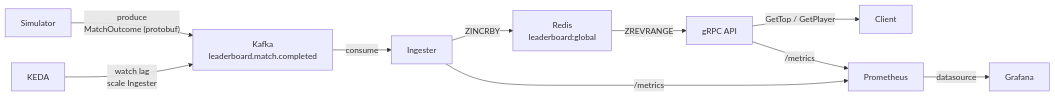
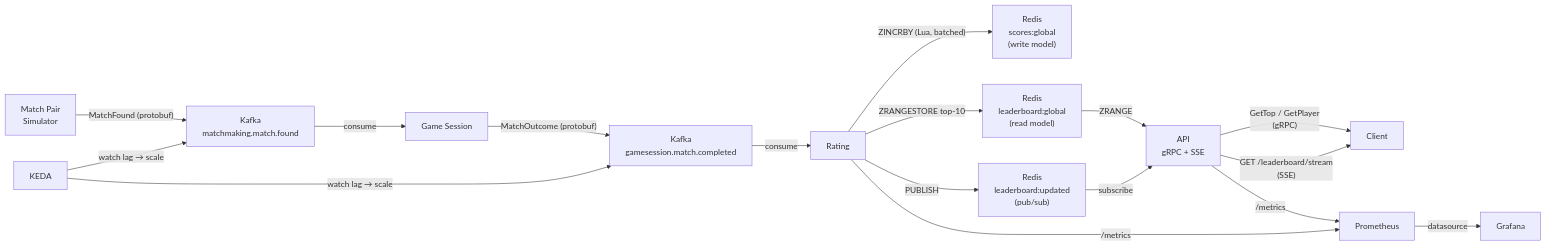
One commit to reach-will/realtime-leaderboard changed the diagram in README.md. Above: the diagram before and after it, drawn with Mermaid. The commit also changed other lines of this file, not shown here.

Commit message:
docs: revamp README new architecture

````diff
--- a/README.md
+++ b/README.md
@@ -11,24 +11,35 @@
 ```mermaid
 flowchart LR
-    SIM["Simulator"]
-    KAFKA["Kafka\nleaderboard.match.completed"]
-    ING["Ingester"]
-    REDIS["Redis\nleaderboard:global"]
-    API["gRPC API"]
+    SIM["Match Pair\nSimulator"]
+    T1["Kafka\nmatchmaking.match.found"]
+    GS["Game Session"]
+    T2["Kafka\ngamesession.match.completed"]
+    RAT["Rating"]
+    REDIS_W["Redis\nscores:global\n(write model)"]
+    REDIS_R["Redis\nleaderboard:global\n(read model)"]
+    PUBSUB["Redis\nleaderboard:updated\n(pub/sub)"]
+    API["API\ngRPC + SSE"]
     CLIENT["Client"]
     PROM["Prometheus"]
     GRAF["Grafana"]
     KEDA["KEDA"]
 
-    SIM -->|"produce\nMatchOutcome (protobuf)"| KAFKA
-    KAFKA -->|consume| ING
-    ING -->|ZINCRBY| REDIS
-    REDIS -->|ZREVRANGE| API
-    API -->|GetTop / GetPlayer| CLIENT
+    SIM -->|"MatchFound (protobuf)"| T1
+    T1 -->|consume| GS
+    GS -->|"MatchOutcome (protobuf)"| T2
+    T2 -->|consume| RAT
+    RAT -->|"ZINCRBY (Lua, batched)"| REDIS_W
+    RAT -->|"ZRANGESTORE top-10"| REDIS_R
+    RAT -->|"PUBLISH"| PUBSUB
+    REDIS_R -->|ZRANGE| API
+    PUBSUB -->|subscribe| API
+    API -->|"GetTop / GetPlayer\n(gRPC)"| CLIENT
+    API -->|"GET /leaderboard/stream\n(SSE)"| CLIENT
 
-    ING -->|"/metrics"| PROM
+    RAT -->|"/metrics"| PROM
     API -->|"/metrics"| PROM
     PROM -->|datasource| GRAF
 
-    KEDA -->|"watch lag\nscale Ingester"| KAFKA
+    KEDA -->|"watch lag → scale"| T1
+    KEDA -->|"watch lag → scale"| T2
 ```
````
